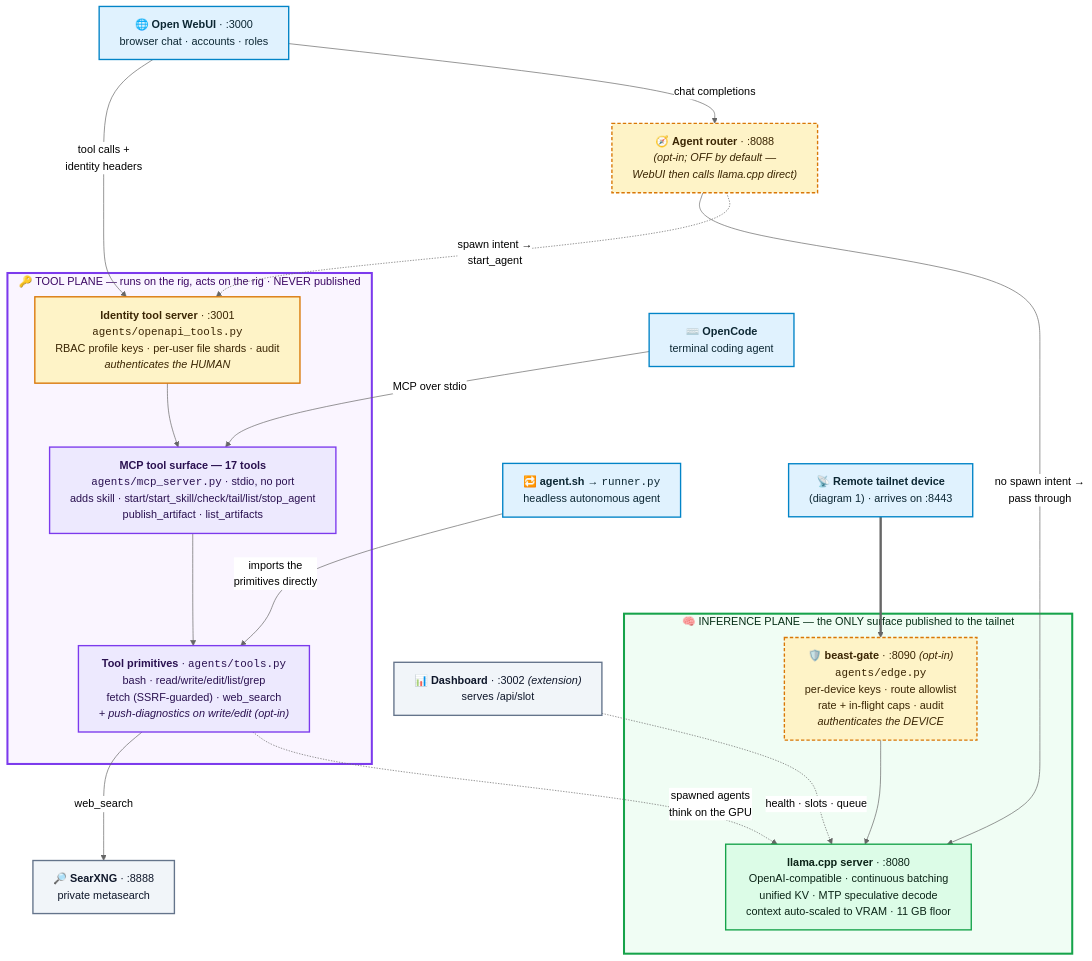
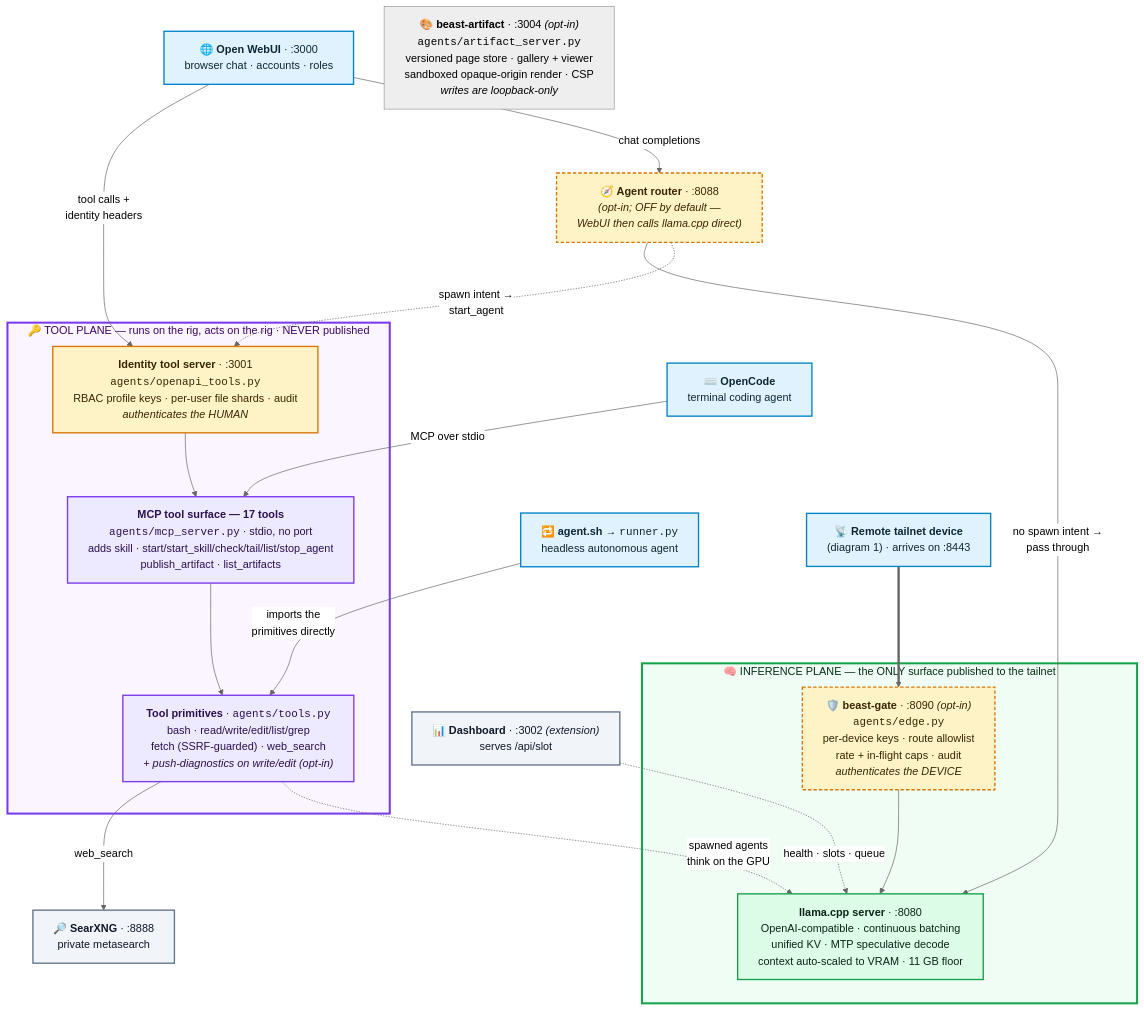
The second of 2 diagrams in docs/ARCHITECTURE.md (MaximilianKhan/openbeast), drawn with Mermaid (neutral theme) before and after one commit. The commit also changed 3 other files, not shown here.

First line of the commit message:
docs: beast-artifact across README, architecture, reference and install

````diff
--- a/docs/ARCHITECTURE.md
+++ b/docs/ARCHITECTURE.md
@@ -101,53 +101,54 @@
 ```mermaid
 %%{init: {"flowchart": {"wrappingWidth": 380, "curve": "basis", "nodeSpacing": 45, "rankSpacing": 70}}}%%
 flowchart TB
     webui["🌐 <b>Open WebUI</b> · :3000<br/>browser chat · accounts · roles"]
     opencode["⌨️ <b>OpenCode</b><br/>terminal coding agent"]
     agentsh["🔁 <b>agent.sh</b> → <code>runner.py</code><br/>headless autonomous agent"]
     remote["📡 <b>Remote tailnet device</b><br/>(diagram 1) · arrives on :8443"]
 
     subgraph TOOLPLANE["🔑 TOOL PLANE — runs on the rig, acts on the rig · NEVER published"]
         its["<b>Identity tool server</b> · :3001<br/><code>agents/openapi_tools.py</code><br/>RBAC profile keys · per-user file shards · audit<br/><i>authenticates the HUMAN</i>"]
         mcp["<b>MCP tool surface — 17 tools</b><br/><code>agents/mcp_server.py</code> · stdio, no port<br/>adds skill · start/start_skill/check/tail/list/stop_agent<br/>publish_artifact · list_artifacts"]
         core["<b>Tool primitives</b> · <code>agents/tools.py</code><br/>bash · read/write/edit/list/grep<br/>fetch (SSRF-guarded) · web_search<br/><i>+ push-diagnostics on write/edit (opt-in)</i>"]
         its --> mcp --> core
     end
 
     subgraph INFPLANE["🧠 INFERENCE PLANE — the ONLY surface published to the tailnet"]
         gate["🛡️ <b>beast-gate</b> · :8090 <i>(opt-in)</i><br/><code>agents/edge.py</code><br/>per-device keys · route allowlist<br/>rate + in-flight caps · audit<br/><i>authenticates the DEVICE</i>"]
         llama["<b>llama.cpp server</b> · :8080<br/>OpenAI-compatible · continuous batching<br/>unified KV · MTP speculative decode<br/>context auto-scaled to VRAM · 11 GB floor"]
         gate --> llama
     end
 
     router["🧭 <b>Agent router</b> · :8088<br/><i>(opt-in; OFF by default —<br/>WebUI then calls llama.cpp direct)</i>"]
     searxng["🔎 <b>SearXNG</b> · :8888<br/>private metasearch"]
     dash["📊 <b>Dashboard</b> · :3002 <i>(extension)</i><br/>serves /api/slot"]
+    artifact["🎨 <b>beast-artifact</b> · :3004 <i>(opt-in)</i><br/><code>agents/artifact_server.py</code><br/>versioned page store · gallery + viewer<br/>sandboxed opaque-origin render · CSP<br/><i>writes are loopback-only</i>"]
 
     webui -->|"tool calls +<br/>identity headers"| its
     opencode -->|"MCP over stdio"| mcp
     agentsh -->|"imports the<br/>primitives directly"| core
     remote ==> gate
 
     webui -->|"chat completions"| router
     router -->|"no spawn intent →<br/>pass through"| llama
     router -.->|"spawn intent →<br/>start_agent"| its
 
     core -->|"web_search"| searxng
     core -.->|"spawned agents<br/>think on the GPU"| llama
     dash -.->|"health · slots · queue"| llama
 
     classDef fe fill:#e0f2fe,stroke:#0284c7,stroke-width:2px,color:#0c2733;
     classDef tool fill:#ede9fe,stroke:#7c3aed,stroke-width:2px,color:#2a1150;
     classDef inf fill:#dcfce7,stroke:#16a34a,stroke-width:2px,color:#0b2417;
     classDef sec fill:#fef3c7,stroke:#d97706,stroke-width:2px,color:#3a2503;
     classDef optin fill:#fef3c7,stroke:#d97706,stroke-width:2px,stroke-dasharray:5 3,color:#3a2503;
     classDef aux fill:#f1f5f9,stroke:#64748b,stroke-width:2px,color:#0f172a;
     class webui,opencode,agentsh,remote fe;
     class mcp,core tool;
     class its sec;
     class llama inf;
     class gate,router optin;
     class searxng,dash aux;
     style TOOLPLANE fill:#faf5ff,stroke:#7c3aed,stroke-width:3px,color:#3b0764;
     style INFPLANE fill:#f0fdf4,stroke:#16a34a,stroke-width:3px,color:#052e16;
 ```
````
